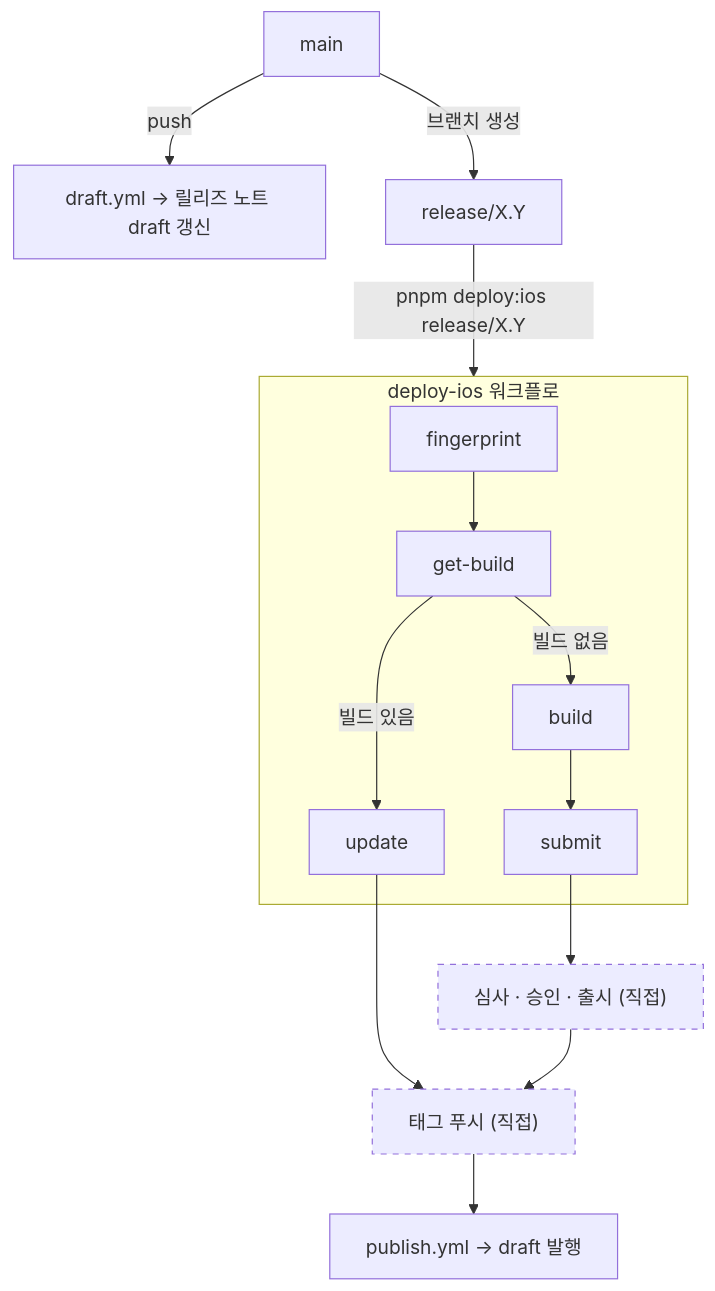
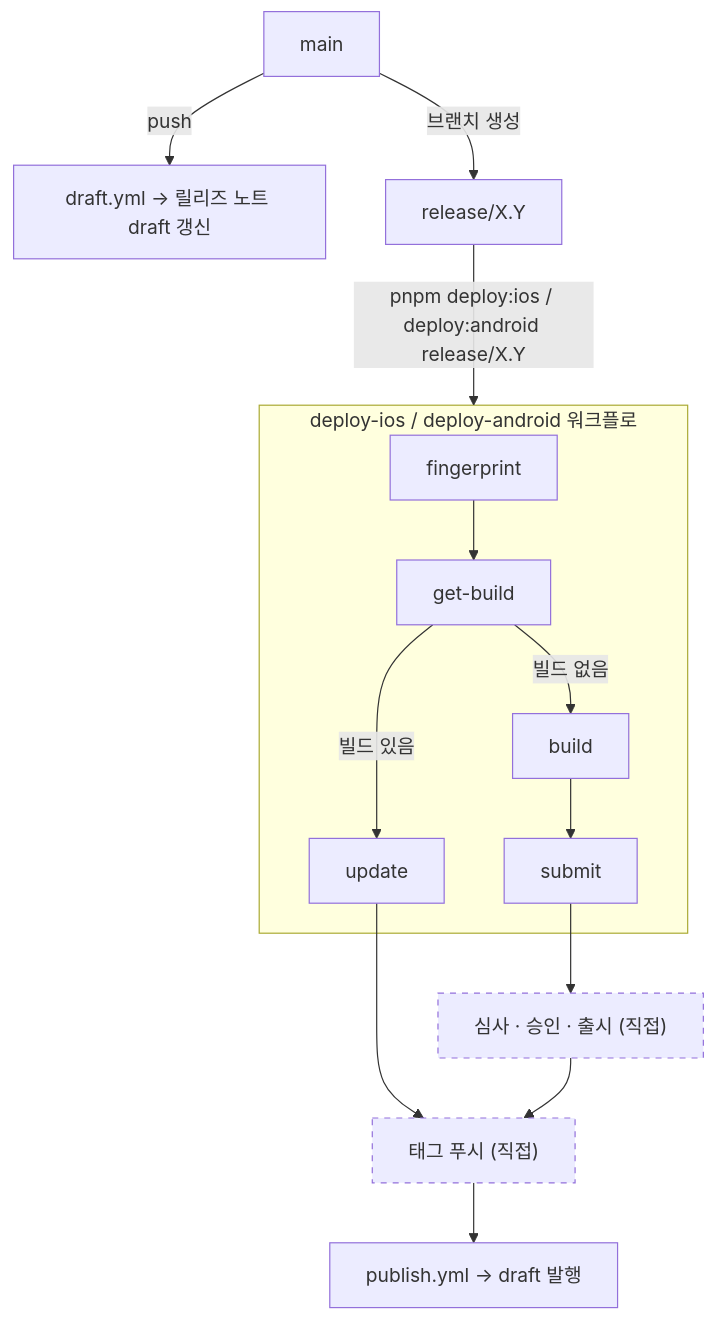
The diagram in .claude/docs/release-flow.md (Bori-github/tadaktadak), drawn with Mermaid before and after one commit. The commit also changed other lines of this file and 1 other file, not shown here.

````diff
--- a/.claude/docs/release-flow.md
+++ b/.claude/docs/release-flow.md
@@ -15,19 +15,19 @@
 ```mermaid
 flowchart TD
     M["main"] -->|push| D["draft.yml → 릴리즈 노트 draft 갱신"]
     M -->|"브랜치 생성"| RB["release/X.Y"]
-    RB -->|"pnpm deploy:ios release/X.Y"| E
+    RB -->|"pnpm deploy:ios / deploy:android release/X.Y"| E
 
-    subgraph E["deploy-ios 워크플로"]
+    subgraph E["deploy-ios / deploy-android 워크플로"]
         F["fingerprint"] --> G["get-build"]
         G -->|"빌드 있음"| U["update"]
         G -->|"빌드 없음"| B["build"] --> S["submit"]
     end
 
     U --> T["태그 푸시 (직접)"]
     S --> R["심사 · 승인 · 출시 (직접)"] --> T
     T --> P["publish.yml → draft 발행"]
 
     style T stroke-dasharray: 5 5
     style R stroke-dasharray: 5 5
 ```
````
